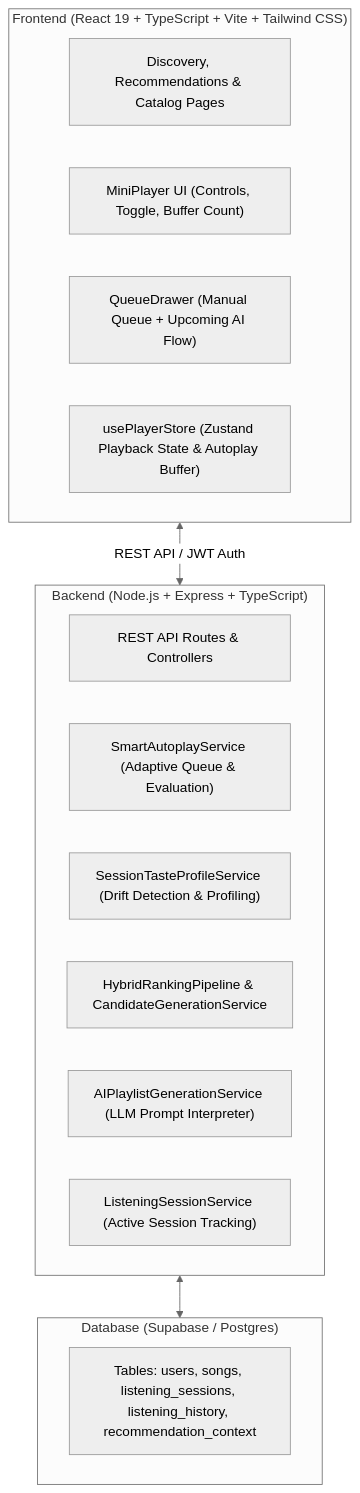
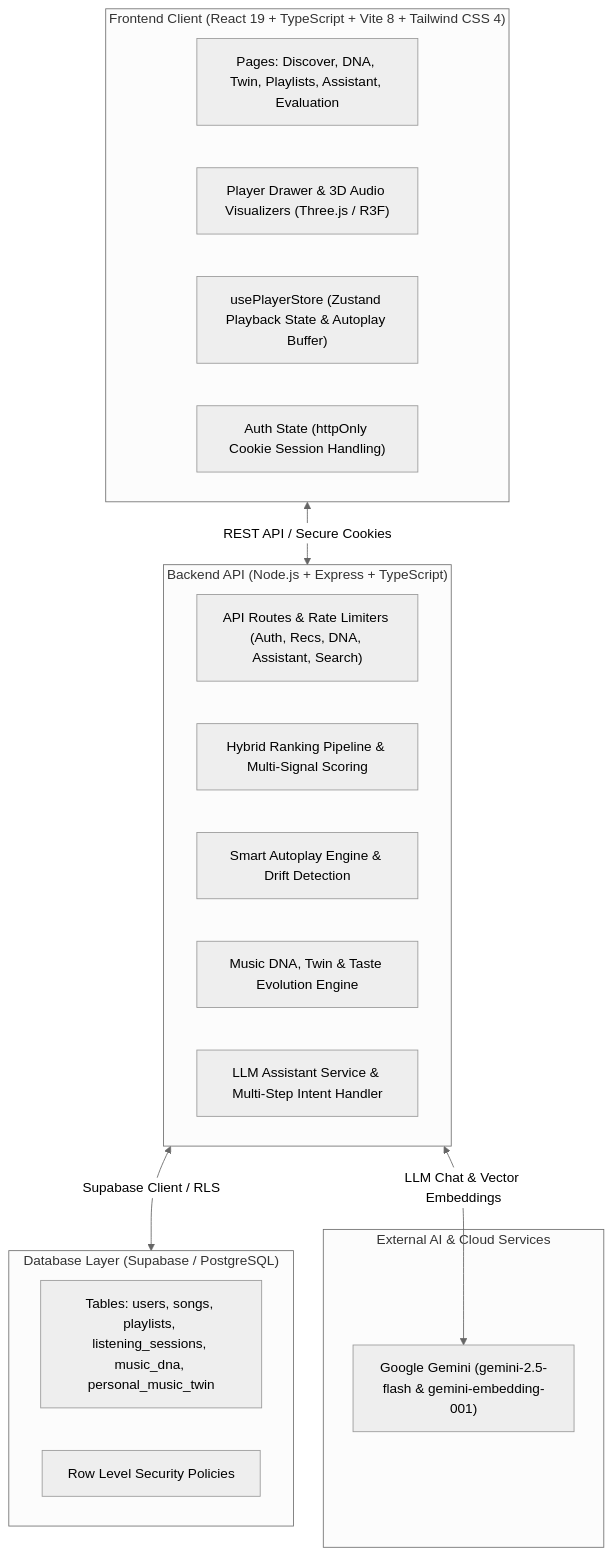
The diagram in README.md (Skan0710/HarmonyAI), drawn with Mermaid (neutral theme) before and after one commit. The commit also changed other lines of this file and 3 other files, not shown here.

Commit message:
docs: update README with comprehensive feature, security and API documentation

````diff
--- a/README.md
+++ b/README.md
@@ -72,25 +98,30 @@
 ```mermaid
 flowchart TD
-    subgraph Frontend ["Frontend (React 19 + TypeScript + Vite + Tailwind CSS)"]
-        UI["Discovery, Recommendations & Catalog Pages"]
-        MiniPlayer["MiniPlayer UI (Controls, Toggle, Buffer Count)"]
-        QueueDrawer["QueueDrawer (Manual Queue + Upcoming AI Flow)"]
+    subgraph Client ["Frontend Client (React 19 + TypeScript + Vite 8 + Tailwind CSS 4)"]
+        UI["Pages: Discover, DNA, Twin, Playlists, Assistant, Evaluation"]
+        PlayerUI["Player Drawer & 3D Audio Visualizers (Three.js / R3F)"]
         PlayerStore["usePlayerStore (Zustand Playback State & Autoplay Buffer)"]
+        AuthContext["Auth State (httpOnly Cookie Session Handling)"]
     end
 
-    subgraph Backend ["Backend (Node.js + Express + TypeScript)"]
-        API["REST API Routes & Controllers"]
-        SmartAutoplay["SmartAutoplayService (Adaptive Queue & Evaluation)"]
-        SessionProfile["SessionTasteProfileService (Drift Detection & Profiling)"]
-        RankingPipeline["HybridRankingPipeline & CandidateGenerationService"]
-        AIPlaylist["AIPlaylistGenerationService (LLM Prompt Interpreter)"]
-        SessionService["ListeningSessionService (Active Session Tracking)"]
+    subgraph Server ["Backend API (Node.js + Express + TypeScript)"]
+        Routes["API Routes & Rate Limiters (Auth, Recs, DNA, Assistant, Search)"]
+        RecoPipeline["Hybrid Ranking Pipeline & Multi-Signal Scoring"]
+        AutoplayEngine["Smart Autoplay Engine & Drift Detection"]
+        MusicDNA["Music DNA, Twin & Taste Evolution Engine"]
+        AIAssistant["LLM Assistant Service & Multi-Step Intent Handler"]
     end
 
-    subgraph Database ["Database (Supabase / Postgres)"]
-        Supa["Tables: users, songs, listening_sessions, listening_history, recommendation_context"]
+    subgraph CloudServices ["External AI & Cloud Services"]
+        Gemini["Google Gemini (gemini-2.5-flash & gemini-embedding-001)"]
     end
 
-    Frontend <-->|REST API / JWT Auth| Backend
-    Backend <--> Database
+    subgraph Database ["Database Layer (Supabase / PostgreSQL)"]
+        SupaTables["Tables: users, songs, playlists, listening_sessions, music_dna, personal_music_twin"]
+        RLS["Row Level Security Policies"]
+    end
+
+    Client <-->|REST API / Secure Cookies| Server
+    Server <-->|LLM Chat & Vector Embeddings| Gemini
+    Server <-->|Supabase Client / RLS| Database
 ```
````
